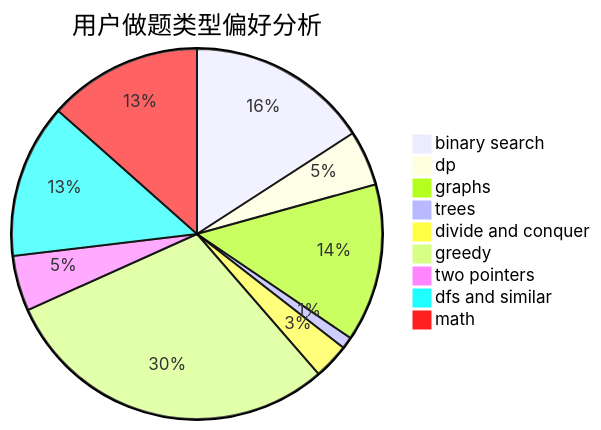
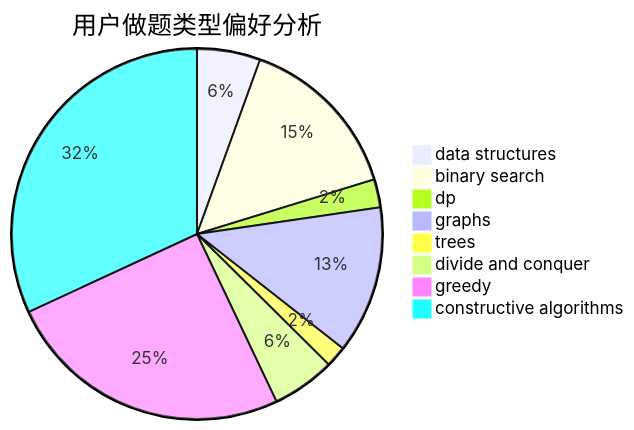
One commit to sherpahu/cfrs.github.io changed the second of 3 diagrams in docs/user/u720.md. Above: the diagram before and after it, drawn with Mermaid. The commit also changed other lines of this file and 2775 other files, not shown here.

````diff
--- a/docs/user/u720.md
+++ b/docs/user/u720.md
@@ -23,12 +23,11 @@
 ```mermaid
 pie title 用户做题类型偏好分析
-    "binary search" :  46
-    "dp" :  14
-    "graphs" :  40
+    "data structures" :  9
+    "binary search" :  24
+    "dp" :  4
+    "graphs" :  21
     "trees" :  3
     "divide and conquer" :  9
-    "greedy" :  86
-    "two pointers" :  14
-    "dfs and similar" :  39
-    "math" :  39
+    "greedy" :  41
+    "constructive algorithms" :  52
 ```
````
